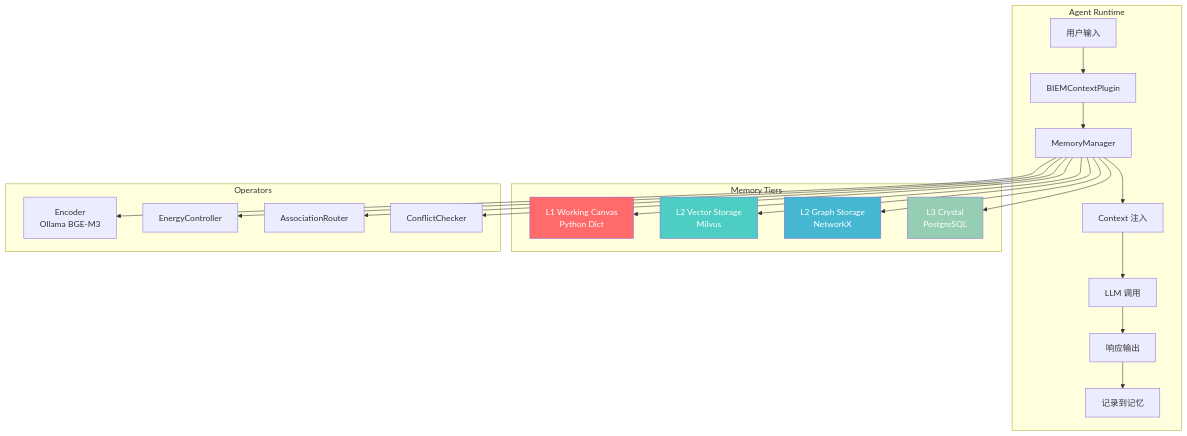
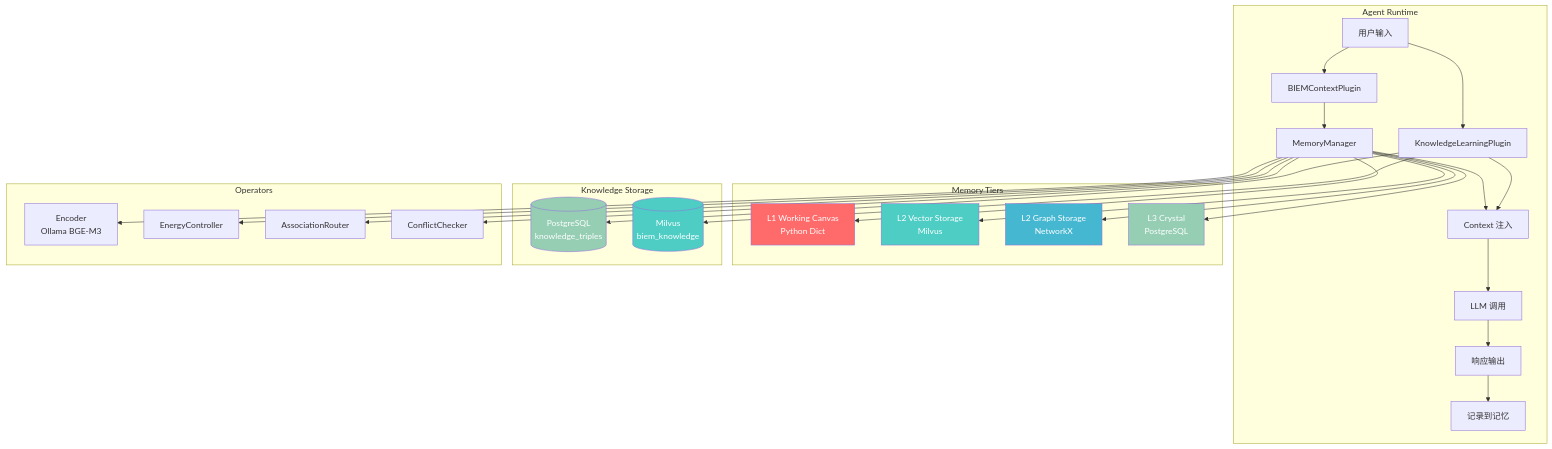
Before and after one commit to Zeppelinpp/OmniEmployee: the first of 15 diagrams in docs/memory_system.md, drawn with Mermaid. The commit also changed other lines of this file and 8 other files, not shown here.

First line of the commit message:
refactor: enhance memory system documentation and user management features

````diff
--- a/docs/memory_system.md
+++ b/docs/memory_system.md
@@ -28,30 +19,35 @@
 ```mermaid
 graph TB
-    subgraph "Agent Runtime"
-        USER[用户输入] --> PLUGIN[BIEMContextPlugin]
-        PLUGIN --> MM[MemoryManager]
-        MM --> CONTEXT[Context 注入]
-        CONTEXT --> LLM[LLM 调用]
-        LLM --> RESPONSE[响应输出]
-        RESPONSE --> RECORD[记录到记忆]
-    end
-    
-    subgraph "Memory Tiers"
-        MM --> L1[L1 Working Canvas<br/>Python Dict]
-        MM --> L2V[L2 Vector Storage<br/>Milvus]
-        MM --> L2G[L2 Graph Storage<br/>NetworkX]
-        MM --> L3[L3 Crystal<br/>PostgreSQL]
-    end
-    
-    subgraph "Operators"
-        MM --> ENC[Encoder<br/>Ollama BGE-M3]
-        MM --> ENERGY[EnergyController]
-        MM --> ROUTER[AssociationRouter]
-        MM --> CONFLICT[ConflictChecker]
-    end
-    
-    style L1 fill:#ff6b6b,color:#fff
-    style L2V fill:#4ecdc4,color:#fff
-    style L2G fill:#45b7d1,color:#fff
-    style L3 fill:#96ceb4,color:#fff
+subgraph "Agent Runtime"
+  USER[用户输入] --> PLUGIN[BIEMContextPlugin]
+  PLUGIN --> MM[MemoryManager]
+  USER --> KL[KnowledgeLearningPlugin]
+  MM --> CONTEXT[Context 注入]
+  KL --> CONTEXT
+  CONTEXT --> LLM[LLM 调用]
+  LLM --> RESPONSE[响应输出]
+  RESPONSE --> RECORD[记录到记忆]
+end
+subgraph "Memory Tiers"
+  MM --> L1[L1 Working Canvas<br/>Python Dict]
+  MM --> L2V[L2 Vector Storage<br/>Milvus]
+  MM --> L2G[L2 Graph Storage<br/>NetworkX]
+  MM --> L3[L3 Crystal<br/>PostgreSQL]
+end
+subgraph "Knowledge Storage"
+  KL --> KPG[(PostgreSQL<br/>knowledge_triples)]
+  KL --> KMV[(Milvus<br/>biem_knowledge)]
+end
+subgraph "Operators"
+  MM --> ENC[Encoder<br/>Ollama BGE-M3]
+  MM --> ENERGY[EnergyController]
+  MM --> ROUTER[AssociationRouter]
+  MM --> CONFLICT[ConflictChecker]
+end
+style L1 fill:#ff6b6b,color:#fff
+style L2V fill:#4ecdc4,color:#fff
+style L2G fill:#45b7d1,color:#fff
+style L3 fill:#96ceb4,color:#fff
+style KPG fill:#96ceb4,color:#fff
+style KMV fill:#4ecdc4,color:#fff
 ```
````
